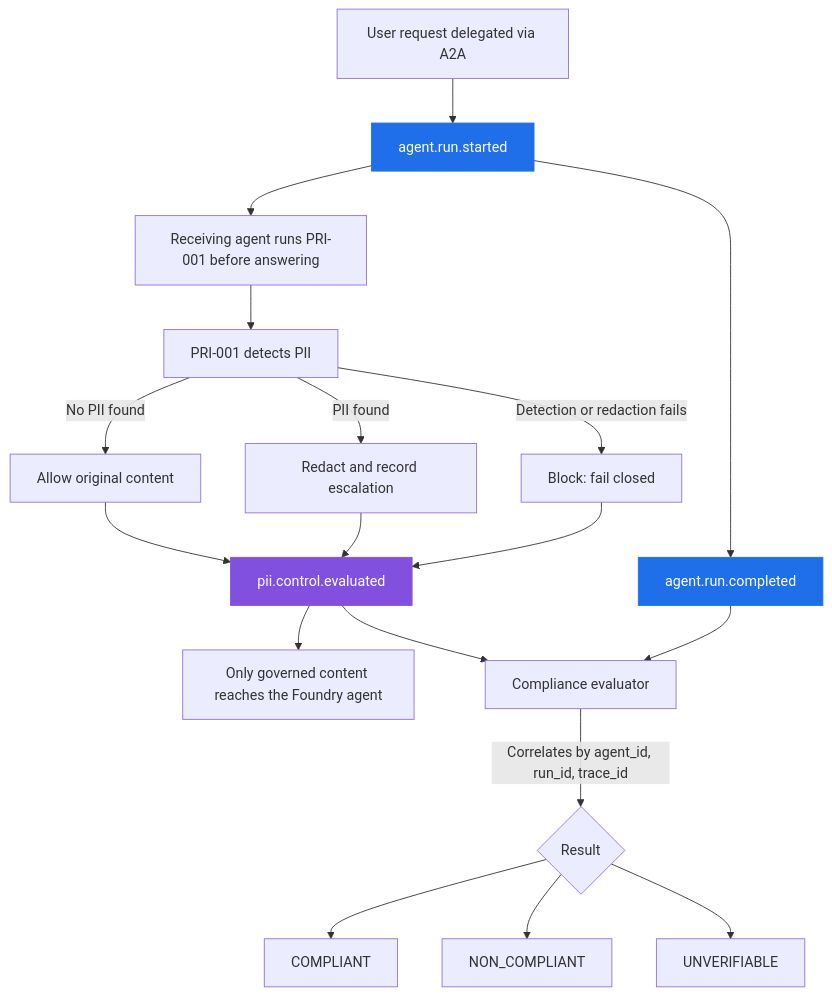
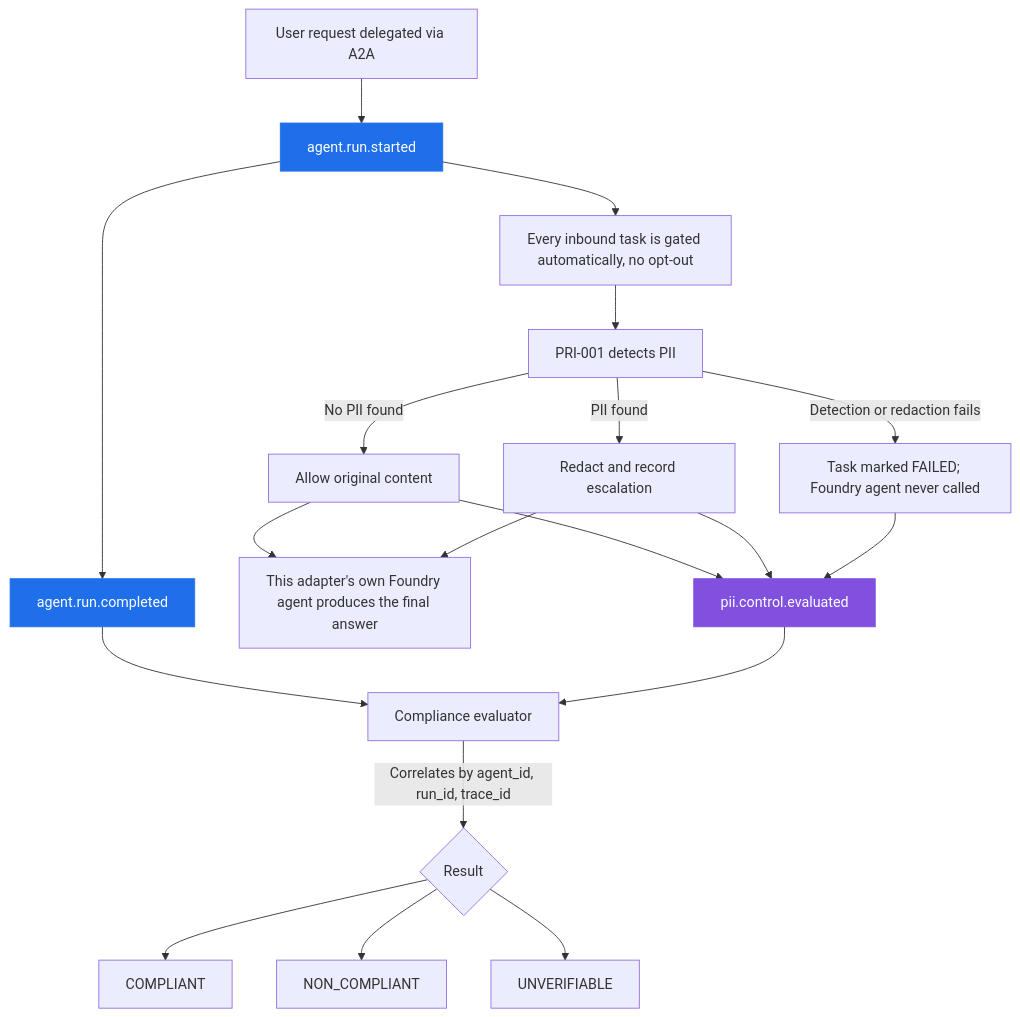
One commit to doruit/forged-with-foundry changed the second of 2 diagrams in controls/privacy/PRI-001_pii_exposure/community/CR-001_copilot_studio_interop/README.md. Above: the diagram before and after it, drawn with Mermaid. The commit also changed other lines of this file, not shown here.

First line of the commit message:
docs(cr-001): describe MCP/A2A operational differences in table and diagrams

````diff
--- a/controls/privacy/PRI-001_pii_exposure/community/CR-001_copilot_studio_interop/README.md
+++ b/controls/privacy/PRI-001_pii_exposure/community/CR-001_copilot_studio_interop/README.md
@@ -118,25 +127,26 @@
 ```mermaid
 flowchart TB
     U[User request delegated via A2A] --> RS[agent.run.started]
-    RS --> A2AN[Receiving agent runs PRI-001 before answering]
+    RS --> A2AN[Every inbound task is gated automatically, no opt-out]
     A2AN --> DET[PRI-001 detects PII]
     DET -->|No PII found| ALLOW[Allow original content]
     DET -->|PII found| REDACT[Redact and record escalation]
-    DET -->|Detection or redaction fails| BLOCK[Block: fail closed]
+    DET -->|Detection or redaction fails| BLOCK[Task marked FAILED; Foundry agent never called]
     ALLOW --> CE[pii.control.evaluated]
     REDACT --> CE
     BLOCK --> CE
-    CE --> DOWN[Only governed content reaches the Foundry agent]
+    ALLOW --> DOWN[This adapter's own Foundry agent produces the final answer]
+    REDACT --> DOWN
     RS --> RC[agent.run.completed]
     RC --> EVAL[Compliance evaluator]
     CE --> EVAL
     EVAL -->|Correlates by agent_id, run_id, trace_id| RESULT{Result}
     RESULT --> COMPLIANT[COMPLIANT]
     RESULT --> NONCOMPLIANT[NON_COMPLIANT]
     RESULT --> UNVERIFIABLE[UNVERIFIABLE]
 
     classDef runEvidence fill:#1f6feb,stroke:#1f6feb,color:#fff
     classDef controlEvidence fill:#8250df,stroke:#8250df,color:#fff
     class RS,RC runEvidence
     class CE controlEvidence
 ```
````
